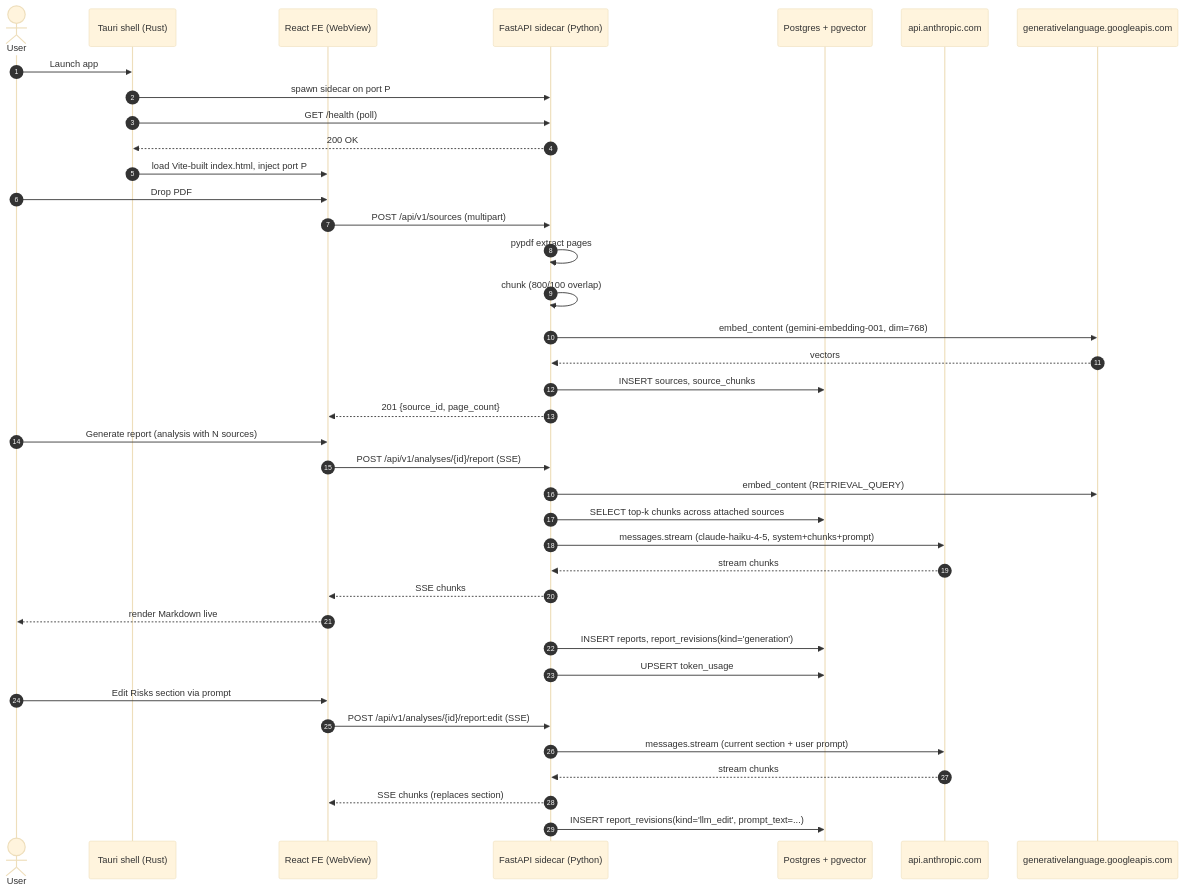
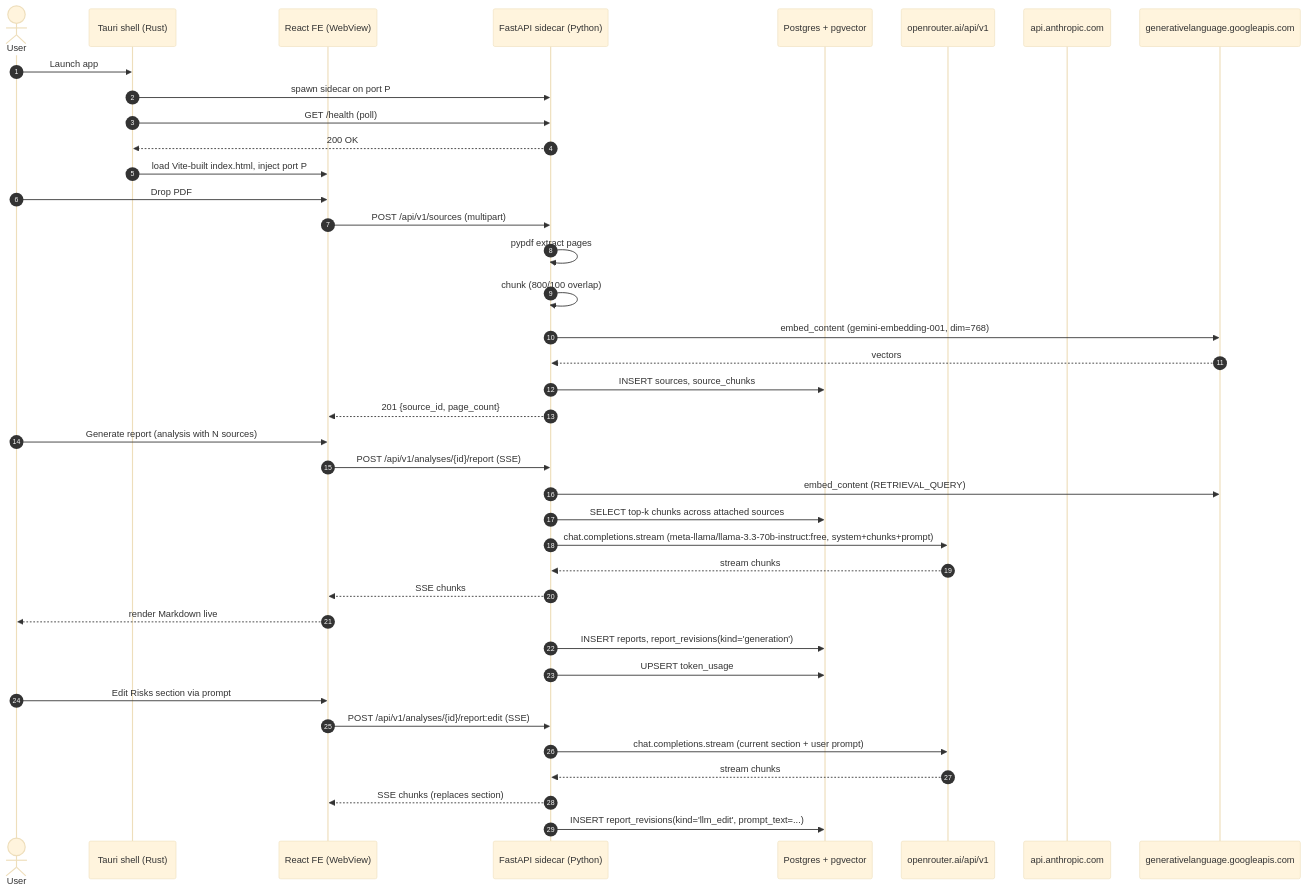
One commit to wahidyankf/ose-primer changed the first of 3 diagrams in plans/in-progress/add-investment-oracle-app/tech-docs.md. Above: the diagram before and after it, drawn with Mermaid (base theme). The commit also changed other lines of this file and 4 other files, not shown here.

First line of the commit message:
docs(plans): swap investment-oracle default chat to OpenRouter free tier

````diff
--- a/plans/in-progress/add-investment-oracle-app/tech-docs.md
+++ b/plans/in-progress/add-investment-oracle-app/tech-docs.md
@@ -37,42 +37,43 @@
 ```mermaid
 %% Color Palette: Blue #0173B2 | Orange #DE8F05 | Teal #029E73 | Purple #CC78BC | Gray #808080 | Brown #CA9161
 sequenceDiagram
     autonumber
     actor User
     participant Shell as Tauri shell (Rust)
     participant FE as React FE (WebView)
     participant BE as FastAPI sidecar (Python)
     participant PG as Postgres + pgvector
+    participant OR as openrouter.ai/api/v1
     participant ANT as api.anthropic.com
     participant GEM as generativelanguage.googleapis.com
 
     User->>Shell: Launch app
     Shell->>BE: spawn sidecar on port P
     Shell->>BE: GET /health (poll)
     BE-->>Shell: 200 OK
     Shell->>FE: load Vite-built index.html, inject port P
     User->>FE: Drop PDF
     FE->>BE: POST /api/v1/sources (multipart)
     BE->>BE: pypdf extract pages
     BE->>BE: chunk (800/100 overlap)
     BE->>GEM: embed_content (gemini-embedding-001, dim=768)
     GEM-->>BE: vectors
     BE->>PG: INSERT sources, source_chunks
     BE-->>FE: 201 {source_id, page_count}
     User->>FE: Generate report (analysis with N sources)
     FE->>BE: POST /api/v1/analyses/{id}/report (SSE)
     BE->>GEM: embed_content (RETRIEVAL_QUERY)
     BE->>PG: SELECT top-k chunks across attached sources
-    BE->>ANT: messages.stream (claude-haiku-4-5, system+chunks+prompt)
-    ANT-->>BE: stream chunks
+    BE->>OR: chat.completions.stream (meta-llama/llama-3.3-70b-instruct:free, system+chunks+prompt)
+    OR-->>BE: stream chunks
     BE-->>FE: SSE chunks
     FE-->>User: render Markdown live
     BE->>PG: INSERT reports, report_revisions(kind='generation')
     BE->>PG: UPSERT token_usage
     User->>FE: Edit Risks section via prompt
     FE->>BE: POST /api/v1/analyses/{id}/report:edit (SSE)
-    BE->>ANT: messages.stream (current section + user prompt)
-    ANT-->>BE: stream chunks
+    BE->>OR: chat.completions.stream (current section + user prompt)
+    OR-->>BE: stream chunks
     BE-->>FE: SSE chunks (replaces section)
     BE->>PG: INSERT report_revisions(kind='llm_edit', prompt_text=...)
 ```
````
